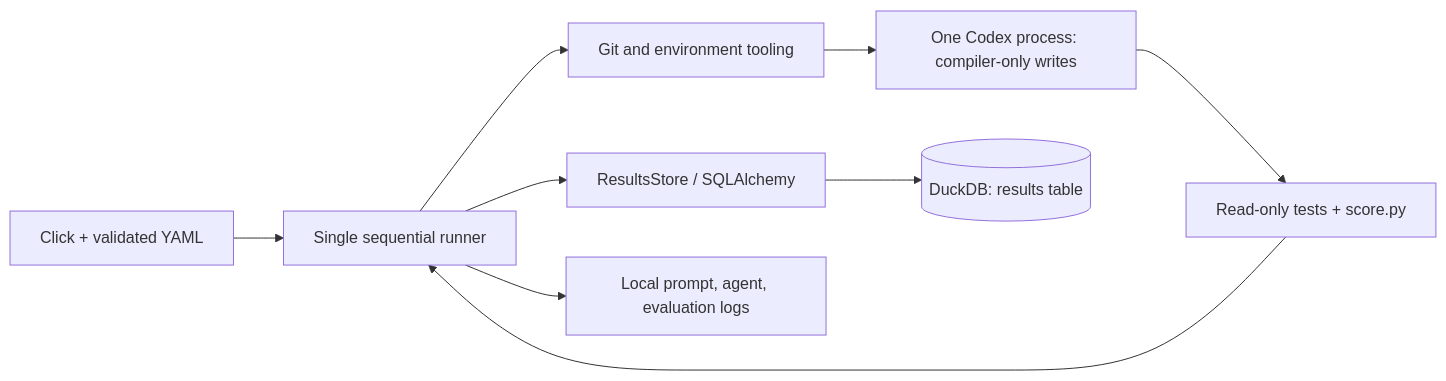
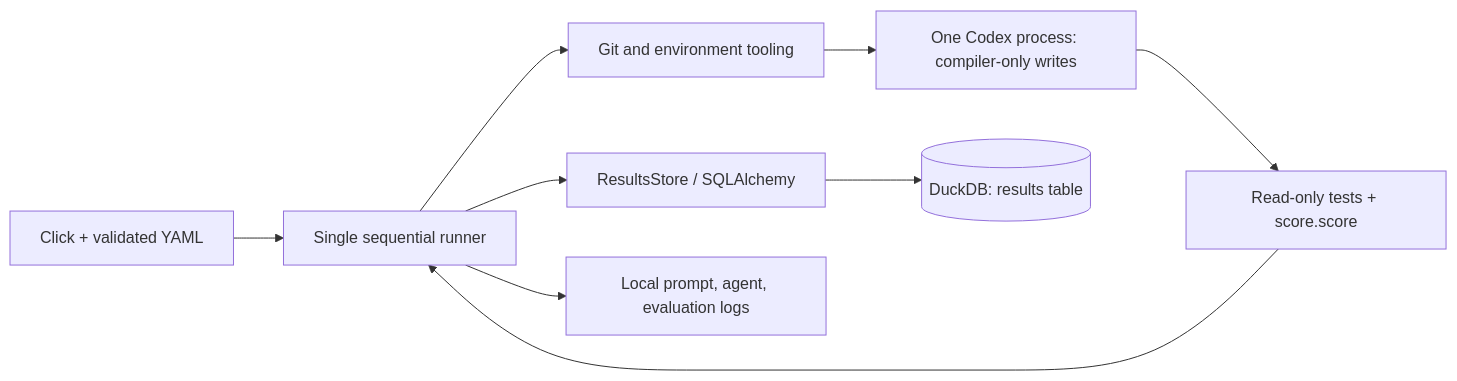
Before and after one commit to 4gatepylon/luminal-takehome-autoresearch: the diagram in autoresearch/README.md, drawn with Mermaid. The commit also changed other lines of this file and 7 other files, not shown here.

````diff
--- a/autoresearch/README.md
+++ b/autoresearch/README.md
@@ -48,11 +48,11 @@
 ```mermaid
 flowchart LR
     C[Click + validated YAML] --> R[Single sequential runner]
     R --> G[Git and environment tooling]
     G --> A[One Codex process: compiler-only writes]
-    A --> E[Read-only tests + score.py]
+    A --> E[Read-only tests + score.score]
     E --> R
     R --> S[ResultsStore / SQLAlchemy]
     S --> D[(DuckDB: results table)]
     R --> L[Local prompt, agent, evaluation logs]
 ```
````
